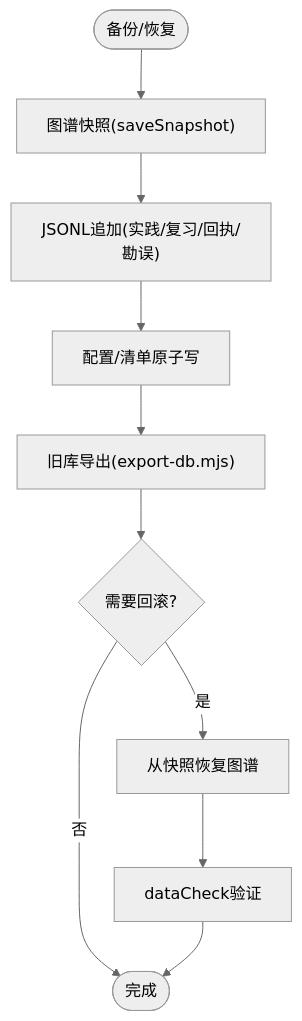
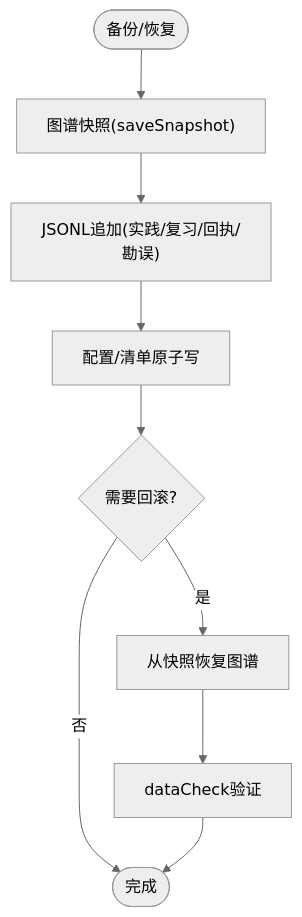
The eighth of 9 diagrams in .qoder/repowiki/zh/content/故障排除/数据恢复.md (maozhijie/learnhub-plugin), drawn with Mermaid (neutral theme) before and after one commit. The commit also changed other lines of this file and 42 other files, not shown here.

````diff
--- a/.qoder/repowiki/zh/content/故障排除/数据恢复.md
+++ b/.qoder/repowiki/zh/content/故障排除/数据恢复.md
@@ -303,12 +302,11 @@
 ```mermaid
 flowchart TD
 BStart(["备份/恢复"]) --> Snap["图谱快照(saveSnapshot)"]
 Snap --> Append["JSONL追加(实践/复习/回执/勘误)"]
 Append --> Config["配置/清单原子写"]
-Config --> Export["旧库导出(export-db.mjs)"]
-Export --> Rollback{"需要回滚?"}
+Config --> Rollback{"需要回滚?"}
 Rollback -- 是 --> RestoreSnap["从快照恢复图谱"]
 RestoreSnap --> Verify["dataCheck验证"]
 Rollback -- 否 --> End(["完成"])
 Verify --> End
 ```
````
